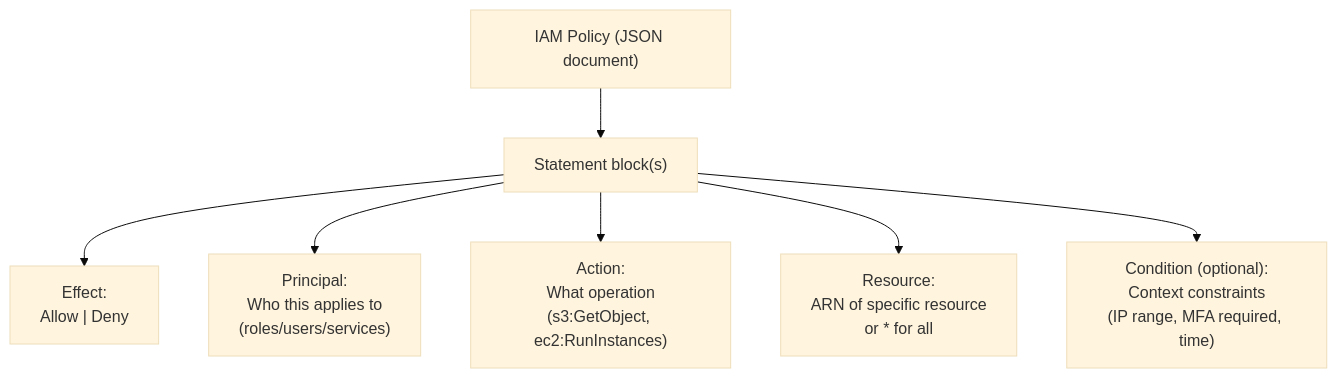
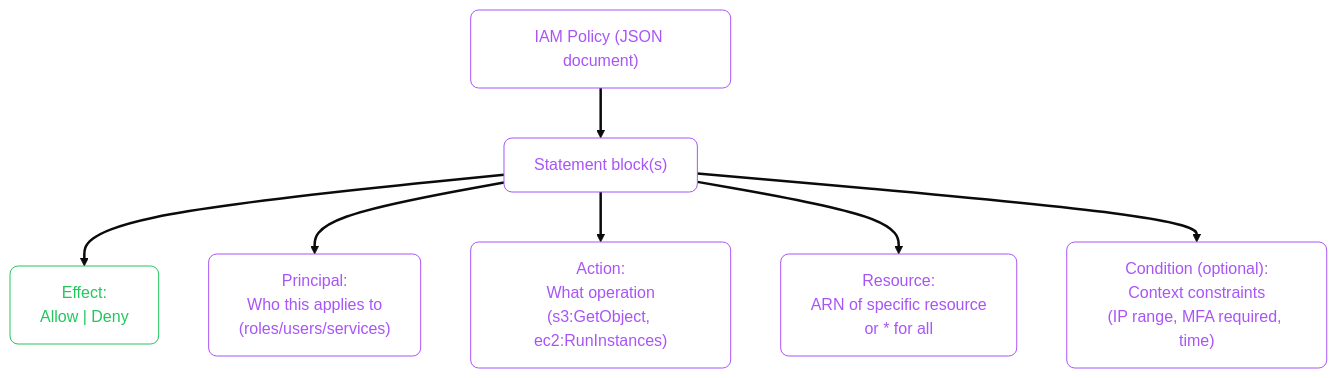
One commit to zafarale/cloudification changed the first of 8 diagrams in src/content/cloud/aws/03-securing-your-system.mdx. Above: the diagram before and after it, drawn with Mermaid (base theme). The commit also changed other lines of this file and 84 other files, not shown here.

````diff
--- a/src/content/cloud/aws/03-securing-your-system.mdx
+++ b/src/content/cloud/aws/03-securing-your-system.mdx
@@ -36,13 +36,19 @@
 ```mermaid
 flowchart TD
-    POLICY["IAM Policy (JSON document)"]
-    STATEMENT["Statement block(s)"]
-    EFFECT["Effect:\nAllow | Deny"]
-    PRINCIPAL["Principal:\nWho this applies to\n(roles/users/services)"]
-    ACTION["Action:\nWhat operation\n(s3:GetObject, ec2:RunInstances)"]
-    RESOURCE["Resource:\nARN of specific resource\nor * for all"]
-    CONDITION["Condition (optional):\nContext constraints\n(IP range, MFA required, time)"]
+    accTitle: IAM Policy Anatomy
+    accDescr: Flowchart (td) showing JSON document, Effect: Allow Deny, roles/users/services
+    classDef step fill:none,stroke:#a855f7,color:#a855f7,rx:8,ry:8
+    classDef ok   fill:none,stroke:#22c55e,color:#22c55e,rx:8,ry:8
+    linkStyle default stroke-width:2.5px
+
+    POLICY["IAM Policy (JSON document)"]:::step
+    STATEMENT["Statement block(s)"]:::step
+    EFFECT["Effect:<br/>Allow | Deny"]:::ok
+    PRINCIPAL["Principal:<br/>Who this applies to<br/>(roles/users/services)"]:::step
+    ACTION["Action:<br/>What operation<br/>(s3:GetObject, ec2:RunInstances)"]:::step
+    RESOURCE["Resource:<br/>ARN of specific resource<br/>or * for all"]:::step
+    CONDITION["Condition (optional):<br/>Context constraints<br/>(IP range, MFA required, time)"]:::step
 
     POLICY --> STATEMENT
     STATEMENT --> EFFECT & PRINCIPAL & ACTION & RESOURCE & CONDITION
 ```
````
